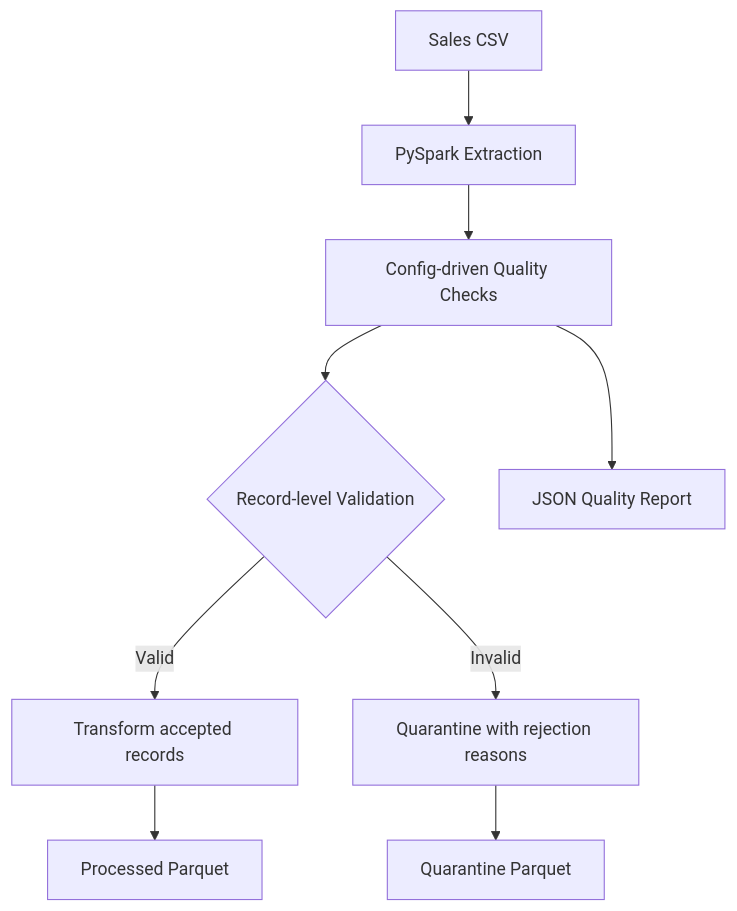
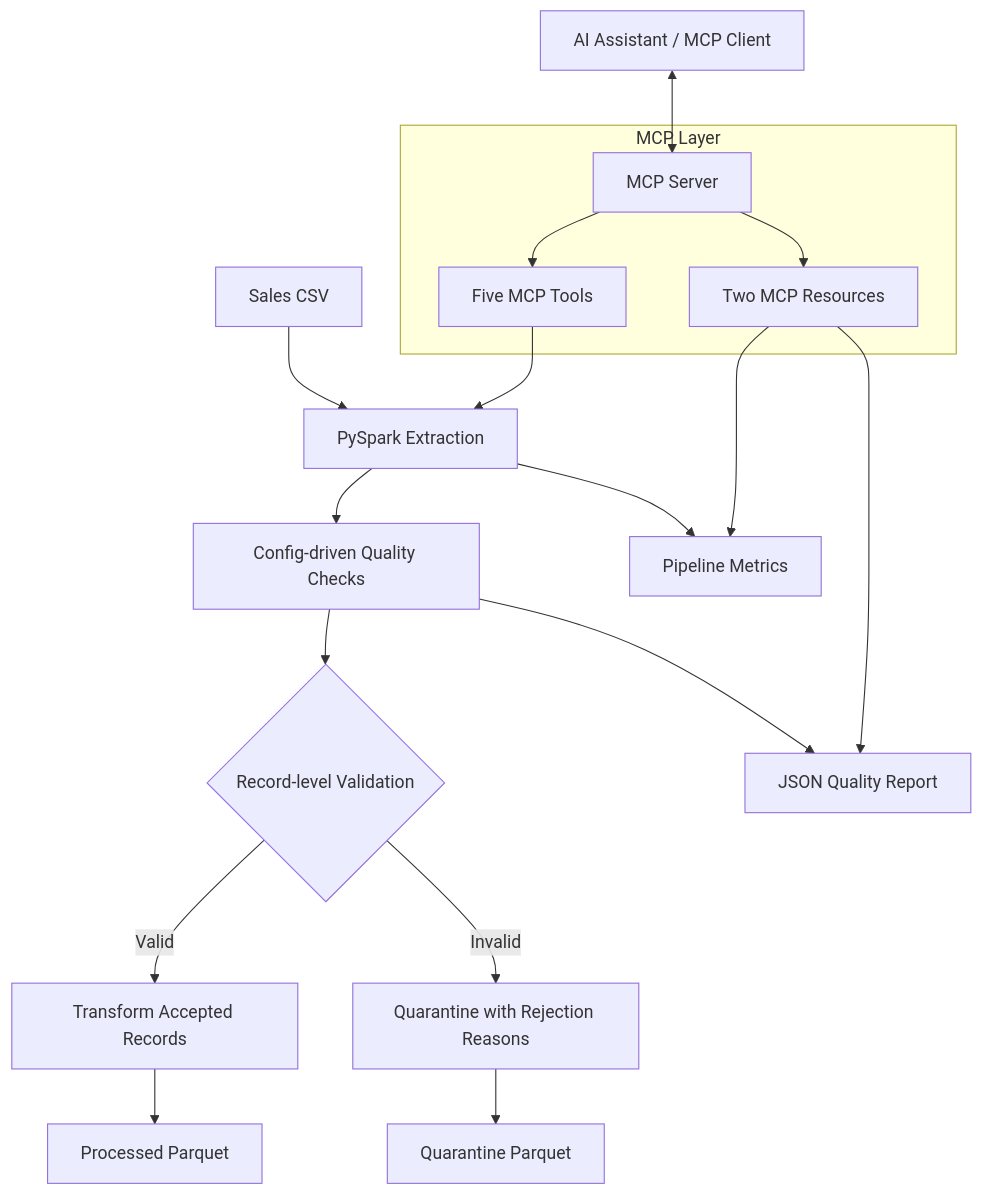
The diagram in README.md (rajdeep-senapati/PipeSage), drawn with Mermaid before and after one commit. The commit also changed other lines of this file, not shown here.

````diff
--- a/README.md
+++ b/README.md
@@ -21,11 +23,28 @@
 ```mermaid
 flowchart TD
     A[Sales CSV] --> B[PySpark Extraction]
     B --> C[Config-driven Quality Checks]
     C --> D{Record-level Validation}
-    D -->|Valid| E[Transform accepted records]
-    D -->|Invalid| F[Quarantine with rejection reasons]
+
+    D -->|Valid| E[Transform Accepted Records]
+    D -->|Invalid| F[Quarantine with Rejection Reasons]
+
     E --> G[Processed Parquet]
     F --> H[Quarantine Parquet]
+
     C --> I[JSON Quality Report]
+    B --> J[Pipeline Metrics]
+
+    subgraph MCP Layer
+        K[MCP Server]
+        L[Five MCP Tools]
+        M[Two MCP Resources]
+        K --> L
+        K --> M
+    end
+
+    N[AI Assistant / MCP Client] <--> K
+    L --> B
+    M --> I
+    M --> J
 ```
````
